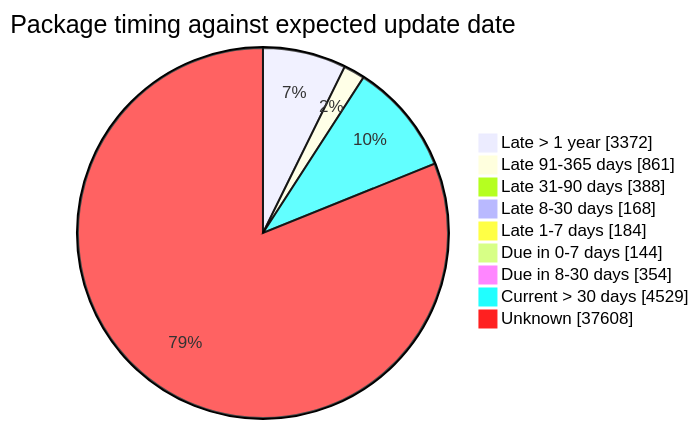
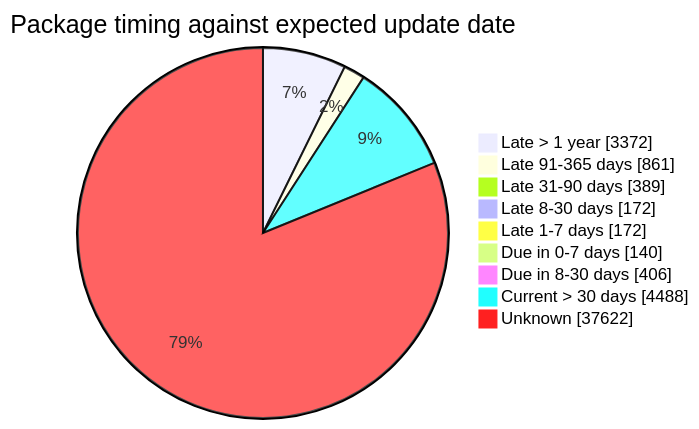
Before and after one commit to open-data/analytics-corporate-reporting: the fourth of 5 diagrams in FreshCheck/README.md, drawn with Mermaid. The commit also changed other lines of this file and 3 other files, not shown here.

````diff
--- a/FreshCheck/README.md
+++ b/FreshCheck/README.md
@@ -86,12 +86,12 @@
 ```mermaid
 pie showData title Package timing against expected update date
     "Late > 1 year": 3372
     "Late 91-365 days": 861
-    "Late 31-90 days": 388
-    "Late 8-30 days": 168
-    "Late 1-7 days": 184
-    "Due in 0-7 days": 144
-    "Due in 8-30 days": 354
-    "Current > 30 days": 4529
-    "Unknown": 37608
+    "Late 31-90 days": 389
+    "Late 8-30 days": 172
+    "Late 1-7 days": 172
+    "Due in 0-7 days": 140
+    "Due in 8-30 days": 406
+    "Current > 30 days": 4488
+    "Unknown": 37622
 ```
````
